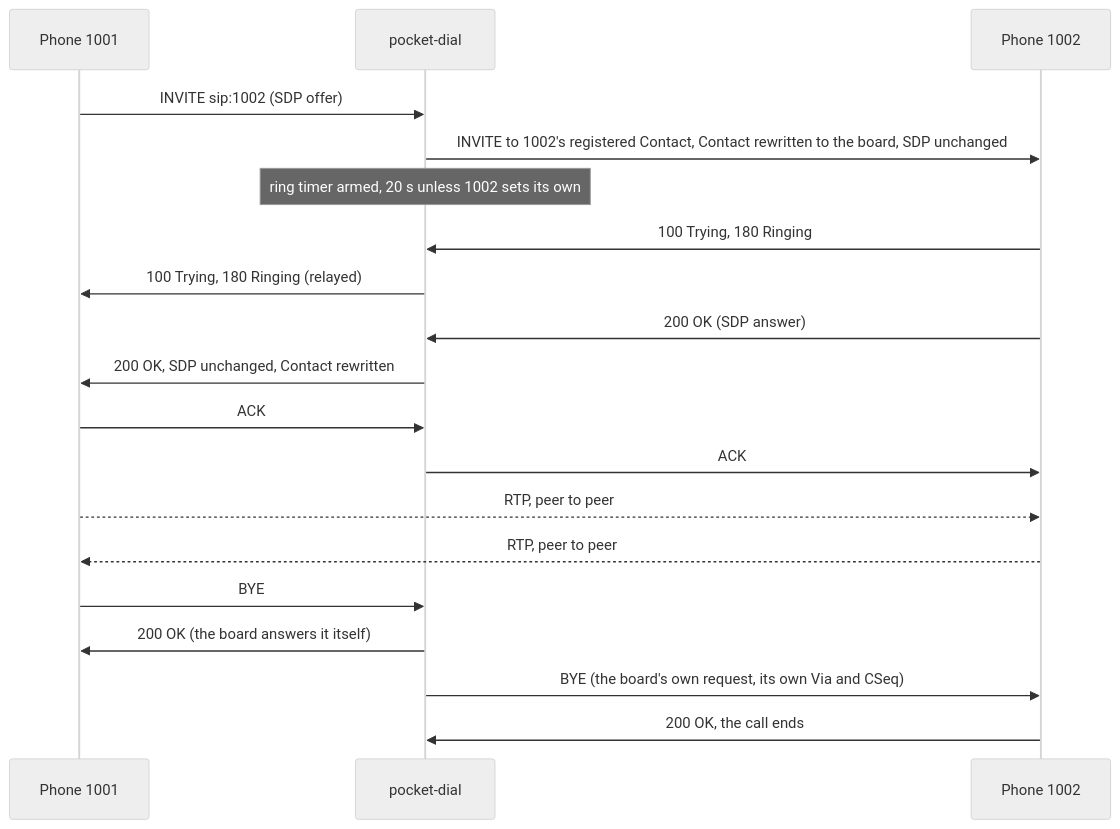
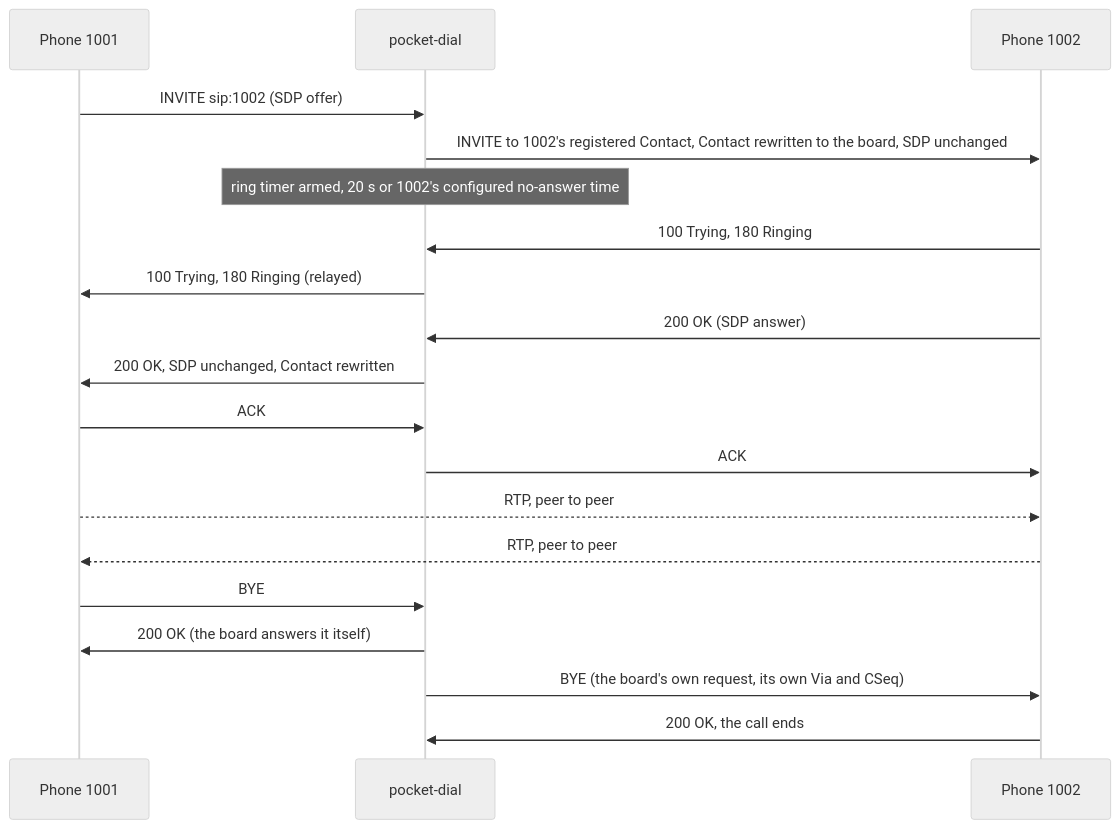
One commit to GlomarGadaffi/pocket-dial changed the second of 7 diagrams in README.md. Above: the diagram before and after it, drawn with Mermaid (neutral theme). The commit also changed 3 other files, not shown here.

First line of the commit message:
docs: say where the ring time comes from, document in-place splice

````diff
--- a/README.md
+++ b/README.md
@@ -27,21 +27,21 @@
 ```mermaid
 sequenceDiagram
     participant A as Phone 1001
     participant P as pocket-dial
     participant B as Phone 1002
     A->>P: INVITE sip:1002 (SDP offer)
     P->>B: INVITE to 1002's registered Contact, Contact rewritten to the board, SDP unchanged
-    Note over P: ring timer armed, 20 s unless 1002 sets its own
+    Note over P: ring timer armed, 20 s or 1002's configured no-answer time
     B->>P: 100 Trying, 180 Ringing
     P->>A: 100 Trying, 180 Ringing (relayed)
     B->>P: 200 OK (SDP answer)
     P->>A: 200 OK, SDP unchanged, Contact rewritten
     A->>P: ACK
     P->>B: ACK
     A-->>B: RTP, peer to peer
     B-->>A: RTP, peer to peer
     A->>P: BYE
     P->>A: 200 OK (the board answers it itself)
     P->>B: BYE (the board's own request, its own Via and CSeq)
     B->>P: 200 OK, the call ends
 ```
````
